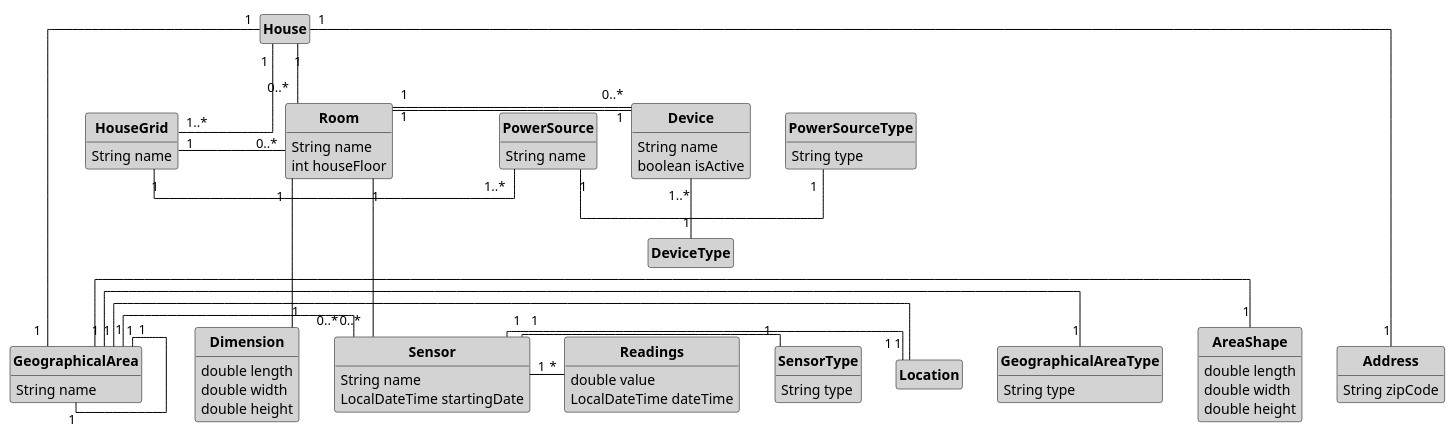
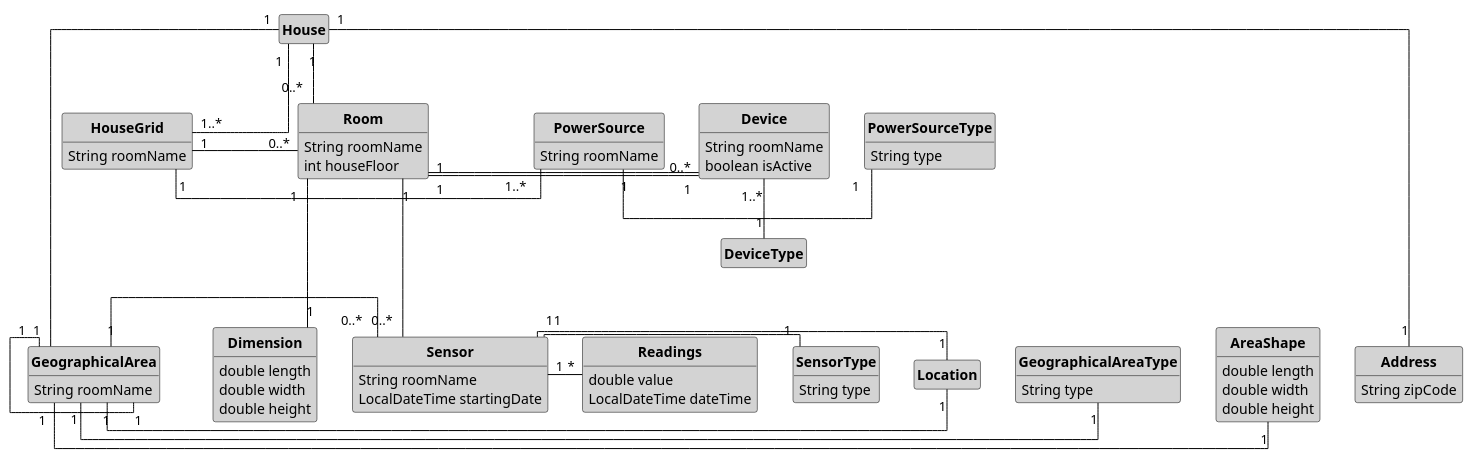
The diagram in src/Docs/DomainModel.puml (1181687/hateoasToy), drawn with PlantUML before and after one commit. The commit also changed 33 other files, not shown here.

```diff
--- a/src/Docs/DomainModel.puml
+++ b/src/Docs/DomainModel.puml
@@ -1,96 +1,96 @@
 @startuml
 skinparam linetype ortho
 
 skinparam class {
 	BackgroundColor LightGrey
 	ArrowColor Black
 	BorderColor Black
 	FontStyle Bold
 }
 
 hide circle
 hide empty methods
 hide empty attributes
 class SensorType{
 String type
 }
 class Sensor{
-String name
+String roomName
 LocalDateTime startingDate
 }
 class Readings{
 double value
 LocalDateTime dateTime
 }
 class Location{
 }
 class GeographicalAreaType{
 String type
 }
 class GeographicalArea{
-String name
+String roomName
 }
 class AreaShape{
 double length
 double width
 double height
 }
 class Address{
 String zipCode
 }
 class House{
 }
 class Room{
-String name
+String roomName
 int houseFloor
 }
 class Dimension{
 double length
 double width
 double height
 }
 class HouseGrid{
-String name
+String roomName
 }
 class PowerSource{
-String name
+String roomName
 }
 class PowerSourceType{
 String type
 }
 class Device{
-String name
+String roomName
 boolean isActive
 }
 ENUM DeviceType{
 }
 
 Sensor "1" -"1" SensorType
 Sensor "1" - "*" Readings
 Sensor "1" - "1" Location
 
 House "1" -- "0..*" Room
 House "1" -- "1..*" HouseGrid
 House "1" ---- "1" Address
 House "1" ---- "1" GeographicalArea
 
 Room "1" --- "1" Dimension
 Room "1" --- "0..*" Sensor
 Room "1" --- "0..*" Device
 
 PowerSource "1" - "1" PowerSourceType
 
 GeographicalArea "1" - "1" GeographicalAreaType
 GeographicalArea "1" - "1" GeographicalArea
 GeographicalArea "1" - "1" Location
 GeographicalArea "1" - "1" AreaShape
 GeographicalArea "1" - "0..*" Sensor
 
 Device "1" - "1" Room
 Device "1..*" -- "1" DeviceType
 
 HouseGrid "1" - "1..*" PowerSource
 HouseGrid "1" - "0..*" Room
 
 
 @enduml
```
